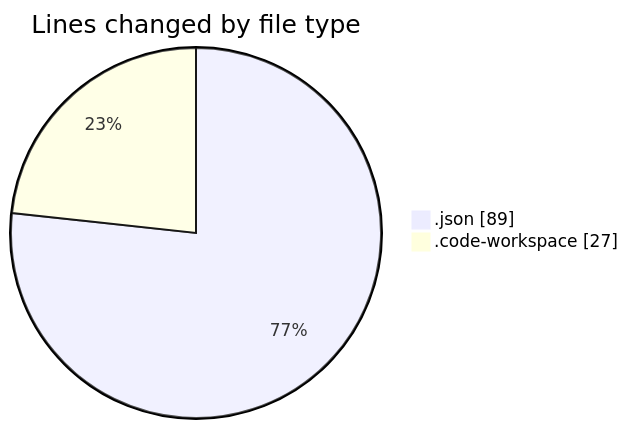
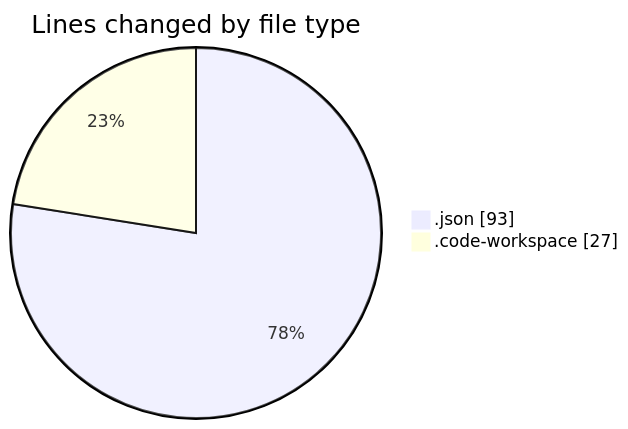
The first of 2 diagrams in 2026-02-27/shadcn-admin-kit-main__workspace_/README.md (jadenblack/code-tracking), drawn with Mermaid before and after one commit. The commit also changed other lines of this file and 1 other file, not shown here.

````diff
--- a/2026-02-27/shadcn-admin-kit-main__workspace_/README.md
+++ b/2026-02-27/shadcn-admin-kit-main__workspace_/README.md
@@ -22,6 +23,6 @@
 ```mermaid
 pie showData
 title Lines changed by file type
-".json" : 89
+".json" : 93
 ".code-workspace" : 27
 ```
````
